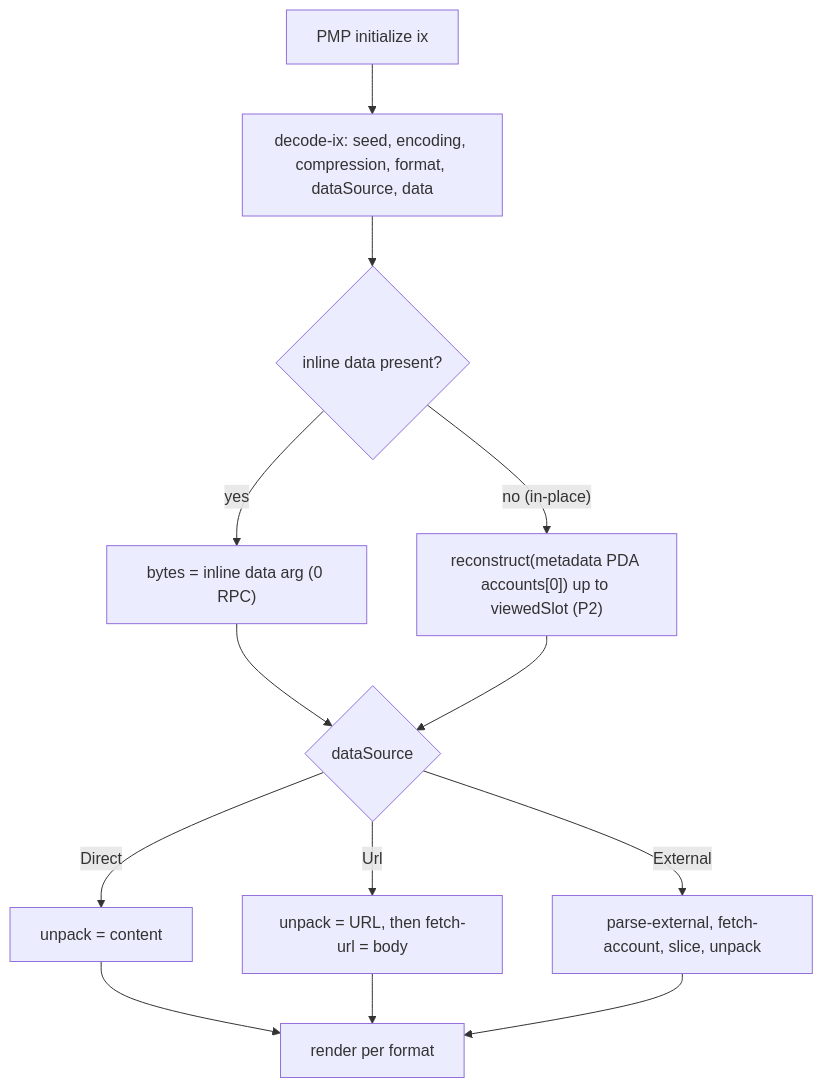
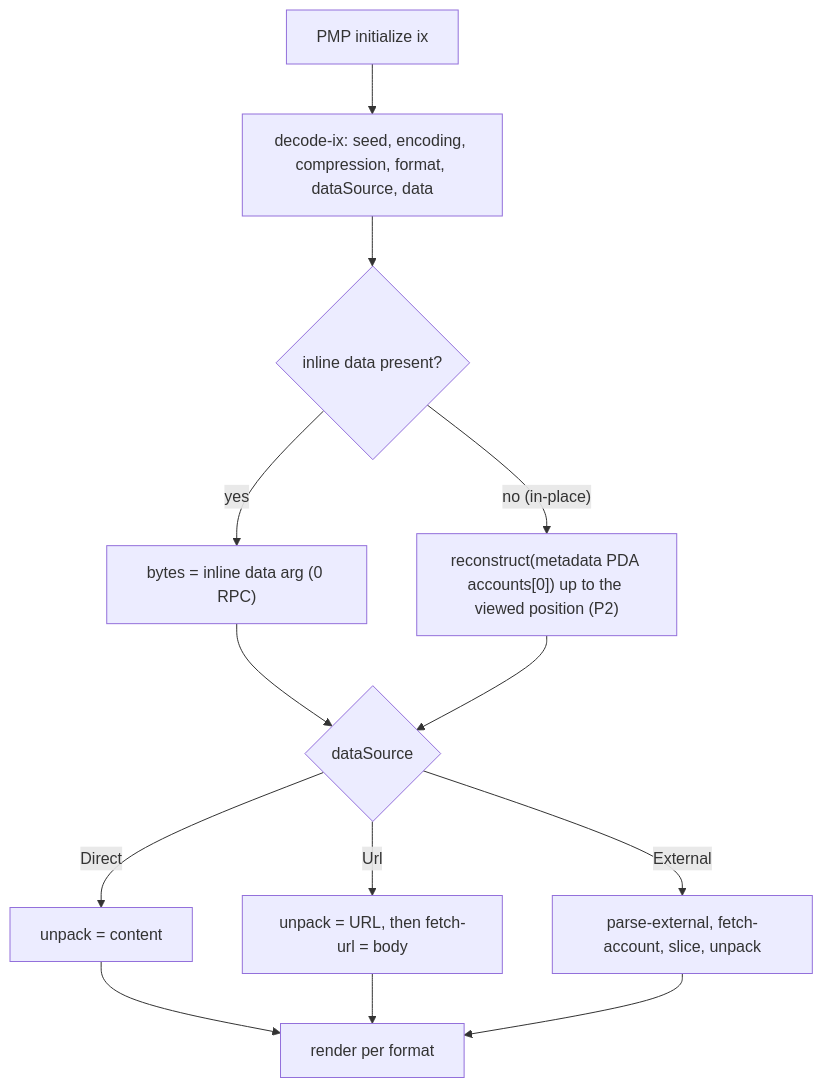
Before and after one commit to hoodieshq/explorer: the second of 3 diagrams in openspec/changes/decode-pmp-buffer-content/diagrams.md, drawn with Mermaid. The commit also changed other lines of this file and 15 other files, not shown here.

````diff
--- a/openspec/changes/decode-pmp-buffer-content/diagrams.md
+++ b/openspec/changes/decode-pmp-buffer-content/diagrams.md
@@ -75,15 +90,15 @@
 ```mermaid
 flowchart TD
     S["PMP initialize ix"] --> DEC["decode-ix: seed, encoding, compression, format, dataSource, data"]
     DEC --> Q1{"inline data present?"}
     Q1 -->|yes| B1["bytes = inline data arg (0 RPC)"]
-    Q1 -->|"no (in-place)"| B2["reconstruct(metadata PDA accounts[0]) up to viewedSlot (P2)"]
+    Q1 -->|"no (in-place)"| B2["reconstruct(metadata PDA accounts[0]) up to the viewed position (P2)"]
     B1 --> DS{"dataSource"}
     B2 --> DS
     DS -->|Direct| D1["unpack = content"]
     DS -->|Url| U1["unpack = URL, then fetch-url = body"]
     DS -->|External| E1["parse-external, fetch-account, slice, unpack"]
     D1 --> R["render per format"]
     U1 --> R
     E1 --> R
 ```
````
